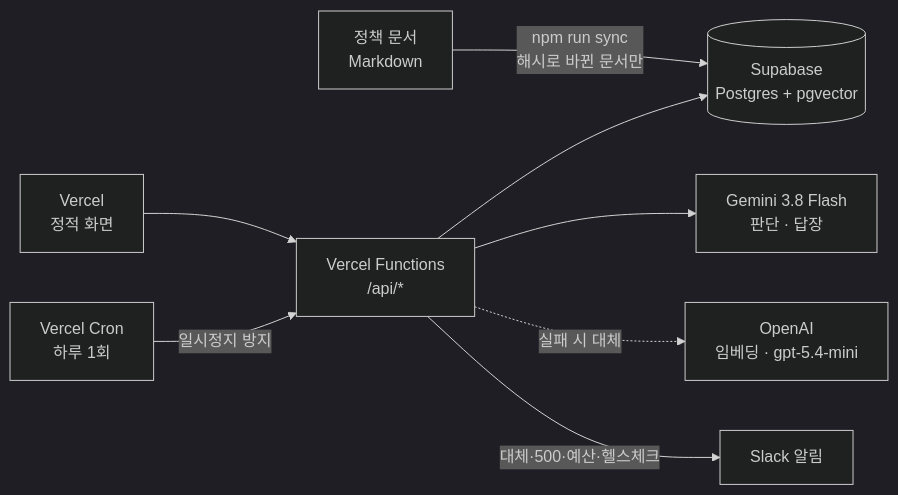
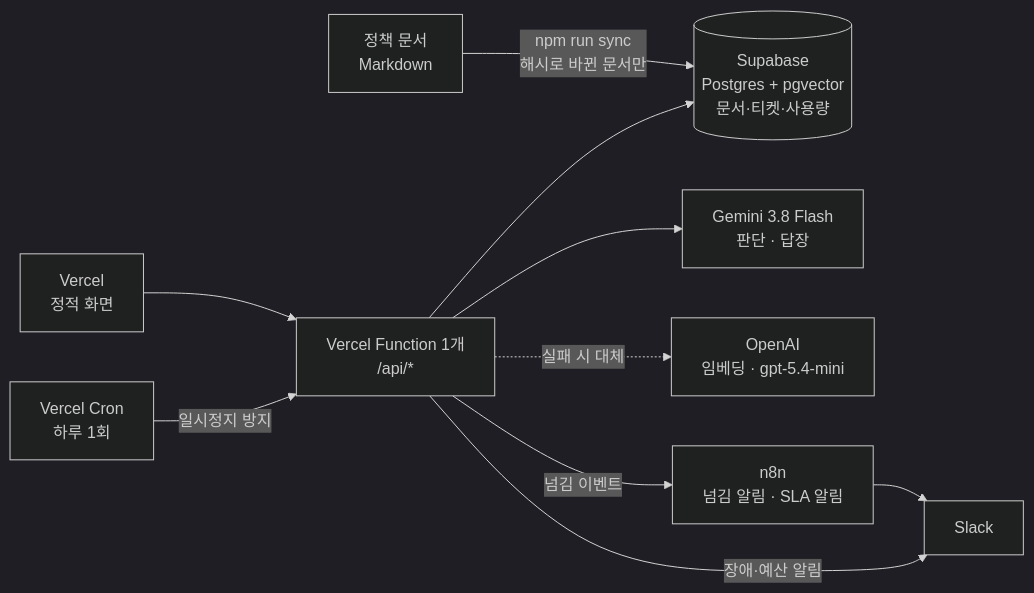
The third of 3 diagrams in README.md (EXPOIR0405/helpdesk-copilot), drawn with Mermaid (dark theme) before and after one commit. The commit also changed other lines of this file and 1 other file, not shown here.

````diff
--- a/README.md
+++ b/README.md
@@ -139,10 +205,12 @@
 ```mermaid
 flowchart LR
-  Docs["정책 문서<br/>Markdown"] -- "npm run sync<br/>해시로 바뀐 문서만" --> DB[("Supabase<br/>Postgres + pgvector")]
-  Web["Vercel<br/>정적 화면"] --> API["Vercel Functions<br/>/api/*"]
+  Docs["정책 문서<br/>Markdown"] -- "npm run sync<br/>해시로 바뀐 문서만" --> DB[("Supabase<br/>Postgres + pgvector<br/>문서·티켓·사용량")]
+  Web["Vercel<br/>정적 화면"] --> API["Vercel Function 1개<br/>/api/*"]
   API --> DB
   API --> G["Gemini 3.8 Flash<br/>판단 · 답장"]
   API -. "실패 시 대체" .-> O["OpenAI<br/>임베딩 · gpt-5.4-mini"]
-  API -- "대체·500·예산·헬스체크" --> Slack["Slack 알림"]
+  API -- "넘김 이벤트" --> N8N["n8n<br/>넘김 알림 · SLA 알림"]
+  N8N --> Slack["Slack"]
+  API -- "장애·예산 알림" --> Slack
   Cron["Vercel Cron<br/>하루 1회"] -- "일시정지 방지" --> API
 ```
````
